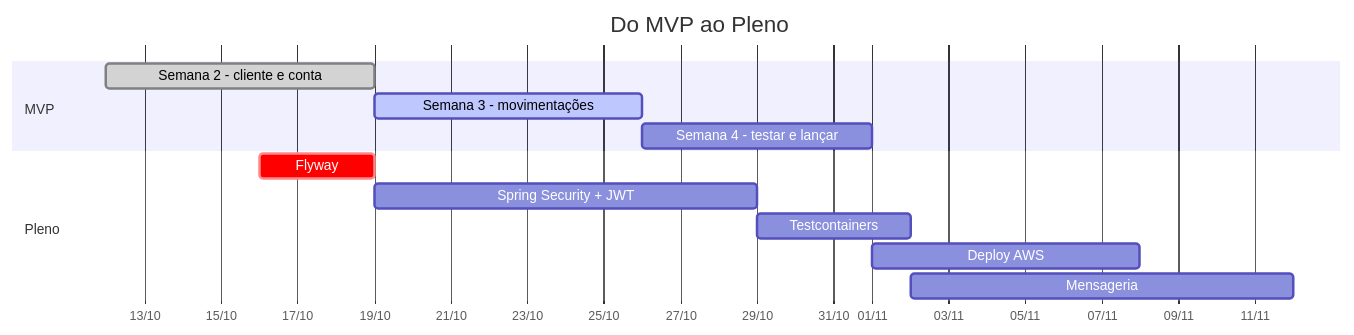
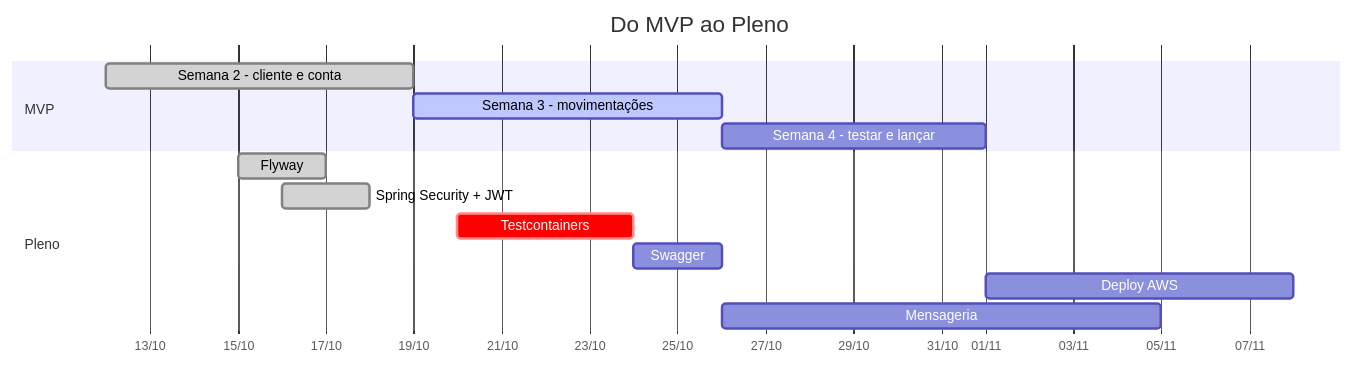
Diagram 12 of 13 in README.md (k3vinrich4rd/k3vinrich4rd), drawn with Mermaid before and after one commit. The commit also changed other lines of this file and 8 other files, not shown here.

````diff
--- a/README.md
+++ b/README.md
@@ -1376,16 +1410,17 @@
 ```mermaid
 gantt
     title Do MVP ao Pleno
     dateFormat YYYY-MM-DD
     axisFormat %d/%m
     section MVP
     Semana 2 - cliente e conta        :done,    s2, 2026-10-12, 7d
     Semana 3 - movimentações          :active,  s3, 2026-10-19, 7d
     Semana 4 - testar e lançar        :         s4, 2026-10-26, 6d
     section Pleno
-    Flyway                            :crit,    f1, 2026-10-16, 3d
-    Spring Security + JWT             :         f2, after f1, 10d
-    Testcontainers                    :         f3, after f2, 4d
+    Flyway                            :done,    f1, 2026-10-15, 2d
+    Spring Security + JWT             :done,    f2, 2026-10-16, 2d
+    Testcontainers                    :crit,    f3, 2026-10-20, 4d
+    Swagger                           :         f6, after f3, 2d
     Deploy AWS                        :         f4, after s4, 7d
-    Mensageria                        :         f5, after f3, 10d
+    Mensageria                        :         f5, after f6, 10d
 ```
````
